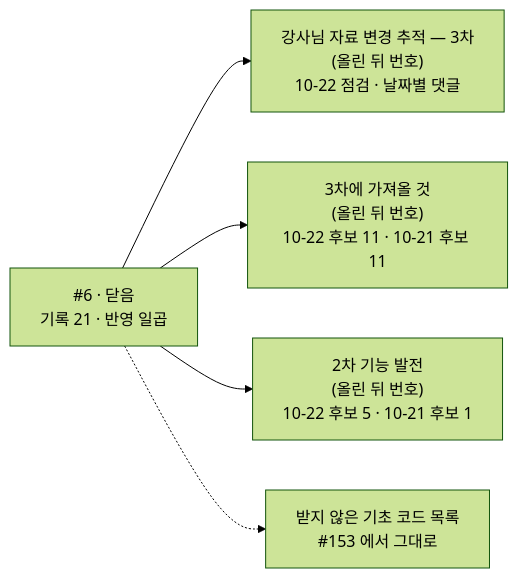
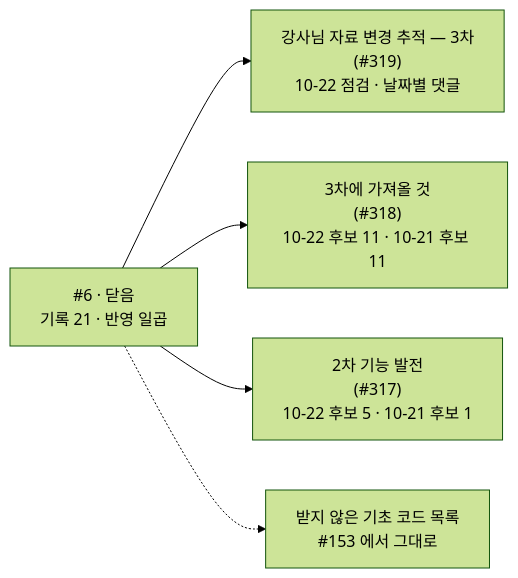
Before and after one commit to EST-team-project/Qurious: the diagram in docs/common/00-management/github-archive/2026-09-28/이슈-강사님자료-변경추적/23-2026-10-22-닫으며.md, drawn with Mermaid (forest theme). The commit also changed other lines of this file and 33 other files, not shown here.

````diff
--- a/docs/common/00-management/github-archive/2026-09-28/이슈-강사님자료-변경추적/23-2026-10-22-닫으며.md
+++ b/docs/common/00-management/github-archive/2026-09-28/이슈-강사님자료-변경추적/23-2026-10-22-닫으며.md
@@ -65,7 +64,7 @@
 ```mermaid
 flowchart LR
-  S6["#6 · 닫음<br/>기록 21 · 반영 일곱"] --> A["강사님 자료 변경 추적 — 3차<br/>(올린 뒤 번호)<br/>10-22 점검 · 날짜별 댓글"]
-  S6 --> B["3차에 가져올 것<br/>(올린 뒤 번호)<br/>10-22 후보 11 · 10-21 후보 11"]
-  S6 --> C["2차 기능 발전<br/>(올린 뒤 번호)<br/>10-22 후보 5 · 10-21 후보 1"]
+  S6["#6 · 닫음<br/>기록 21 · 반영 일곱"] --> A["강사님 자료 변경 추적 — 3차<br/>(#319)<br/>10-22 점검 · 날짜별 댓글"]
+  S6 --> B["3차에 가져올 것<br/>(#318)<br/>10-22 후보 11 · 10-21 후보 11"]
+  S6 --> C["2차 기능 발전<br/>(#317)<br/>10-22 후보 5 · 10-21 후보 1"]
   S6 -.-> K["받지 않은 기초 코드 목록<br/>#153 에서 그대로"]
 ```
````
